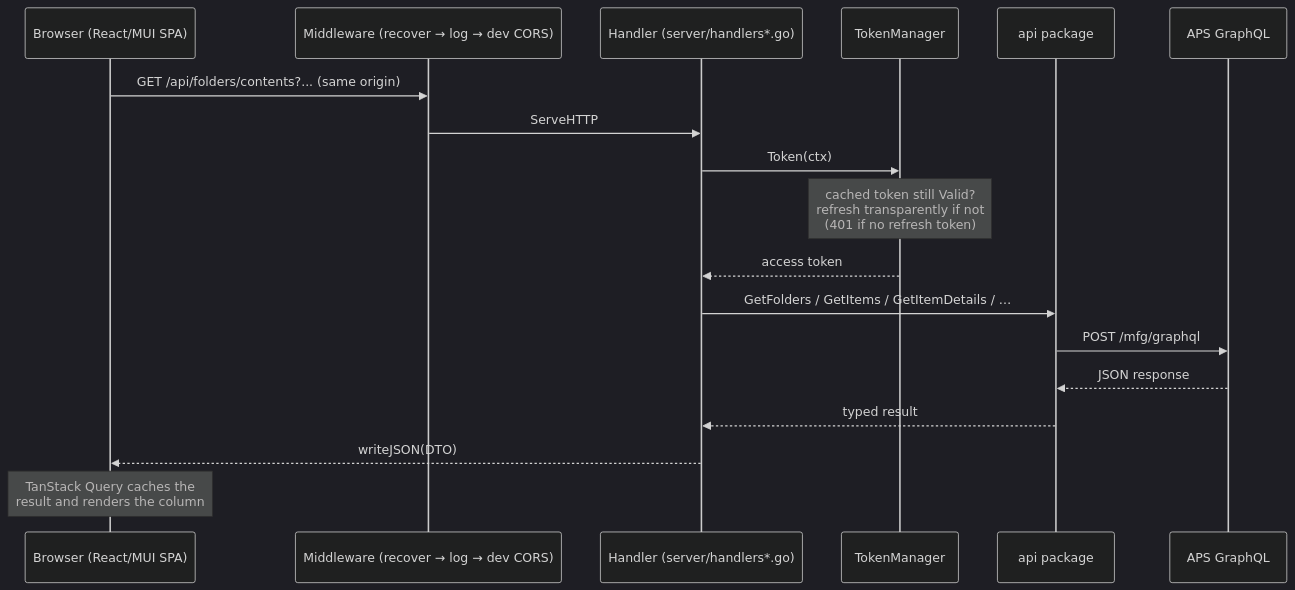
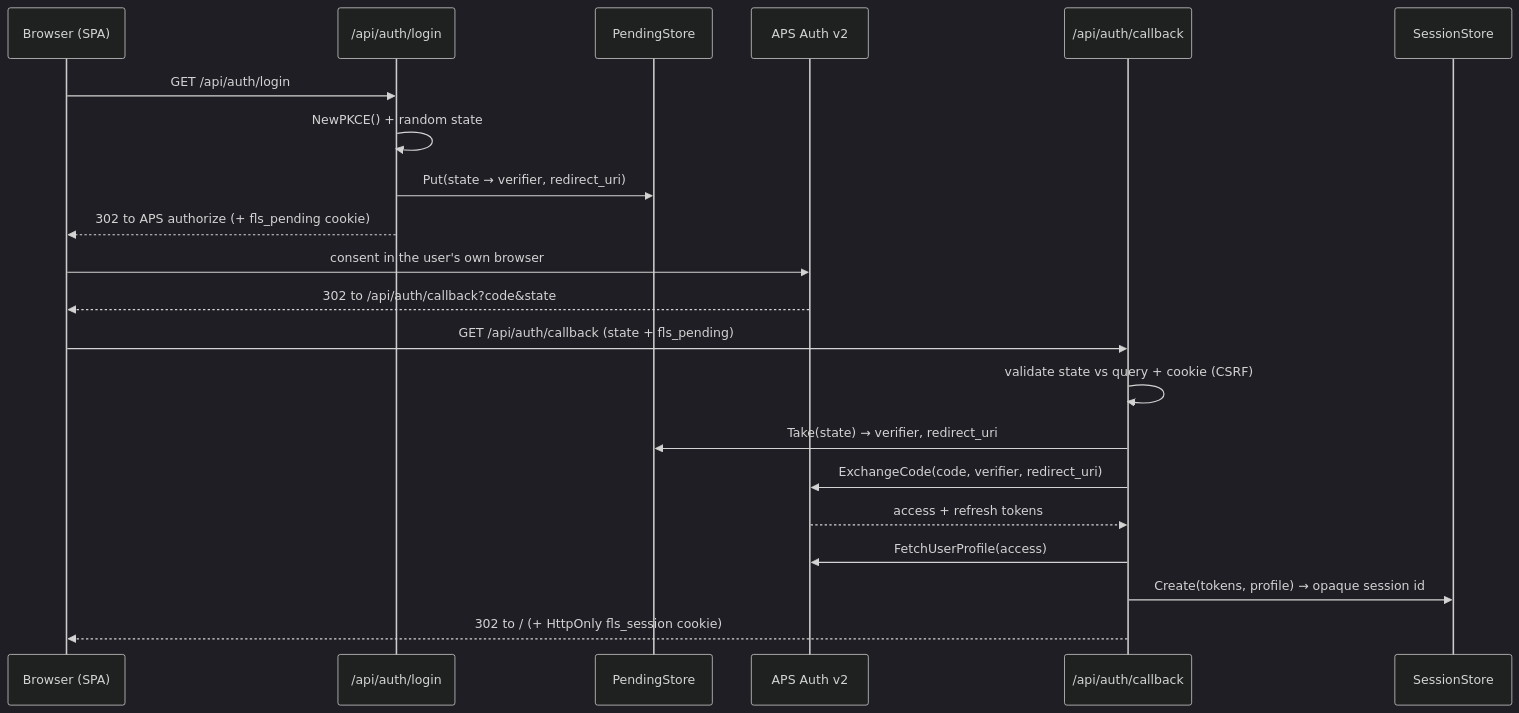
The fifth of 7 diagrams in docs/architecture.md (schneik80/fusionlocalserver), drawn with Mermaid (dark theme) before and after one commit. The commit also changed other lines of this file and 13 other files, not shown here.

````diff
--- a/docs/architecture.md
+++ b/docs/architecture.md
@@ -193,21 +191,24 @@
 ```mermaid
 sequenceDiagram
-    participant B as Browser (React/MUI SPA)
-    participant MW as Middleware (recover → log → dev CORS)
-    participant H as Handler (server/handlers*.go)
-    participant TM as TokenManager
-    participant API as api package
-    participant APS as APS GraphQL
+    participant B as Browser (SPA)
+    participant L as /api/auth/login
+    participant P as PendingStore
+    participant APS as APS Auth v2
+    participant C as /api/auth/callback
+    participant S as SessionStore
 
-    B->>MW: GET /api/folders/contents?... (same origin)
-    MW->>H: ServeHTTP
-    H->>TM: Token(ctx)
-    Note over TM: cached token still Valid?<br/>refresh transparently if not<br/>(401 if no refresh token)
-    TM-->>H: access token
-    H->>API: GetFolders / GetItems / GetItemDetails / …
-    API->>APS: POST /mfg/graphql
-    APS-->>API: JSON response
-    API-->>H: typed result
-    H-->>B: writeJSON(DTO)
-    Note over B: TanStack Query caches the<br/>result and renders the column
+    B->>L: GET /api/auth/login
+    L->>L: NewPKCE() + random state
+    L->>P: Put(state → verifier, redirect_uri)
+    L-->>B: 302 to APS authorize (+ fls_pending cookie)
+    B->>APS: consent in the user's own browser
+    APS-->>B: 302 to /api/auth/callback?code&state
+    B->>C: GET /api/auth/callback (state + fls_pending)
+    C->>C: validate state vs query + cookie (CSRF)
+    C->>P: Take(state) → verifier, redirect_uri
+    C->>APS: ExchangeCode(code, verifier, redirect_uri)
+    APS-->>C: access + refresh tokens
+    C->>APS: FetchUserProfile(access)
+    C->>S: Create(tokens, profile) → opaque session id
+    C-->>B: 302 to / (+ HttpOnly fls_session cookie)
 ```
````
